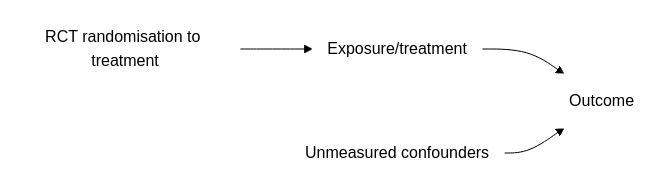
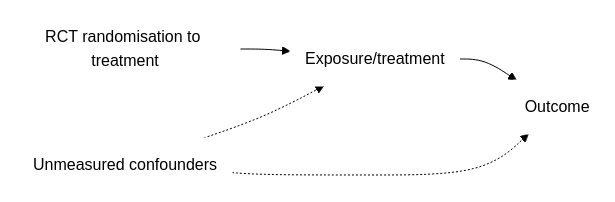
One commit to birth-outcomes/birth_outcomes_summary changed the second of 8 diagrams in design_methods/design_methods_4_unobserved.md. Above: the diagram before and after it, drawn with Mermaid (forest theme). The commit also changed other lines of this file and 1 other file, not shown here.

`````diff
--- a/design_methods/design_methods_4_unobserved.md
+++ b/design_methods/design_methods_4_unobserved.md
@@ -47,17 +57,18 @@
 ````{mermaid}
   flowchart LR;
 
     iv("RCT randomisation to treatment"):::white;
     e("Exposure/treatment"):::white;
     o("Outcome"):::white;
     u("Unmeasured confounders"):::white;
 
     iv --> e;
     e --> o;
-    u --> o;
+    u -.-> e;
+    u -.-> o;
   
     classDef white fill:#FFFFFF, stroke:#FFFFFF;
     classDef black fill:#FFFFFF, stroke:#000000;
     classDef empty width:0px,height:0px;
     classDef green fill:#DDF2D1, stroke: #FFFFFF;
 ````
`````
